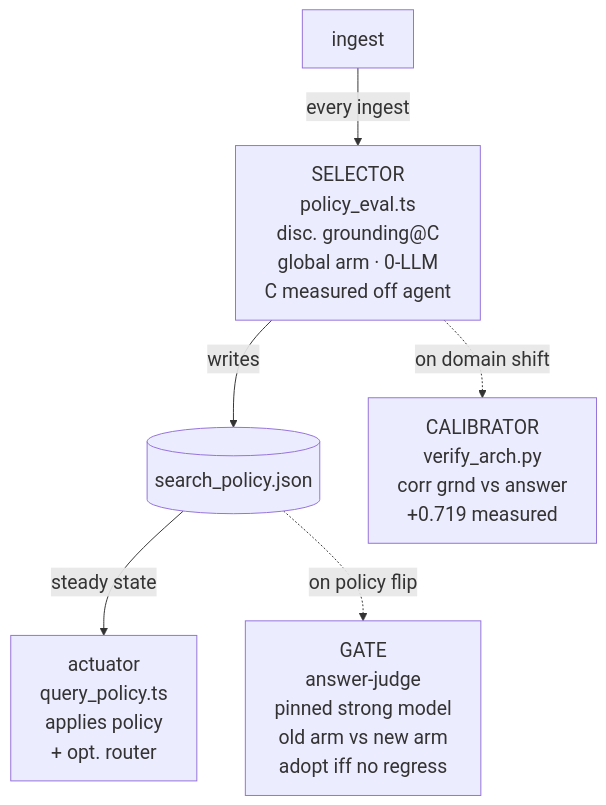
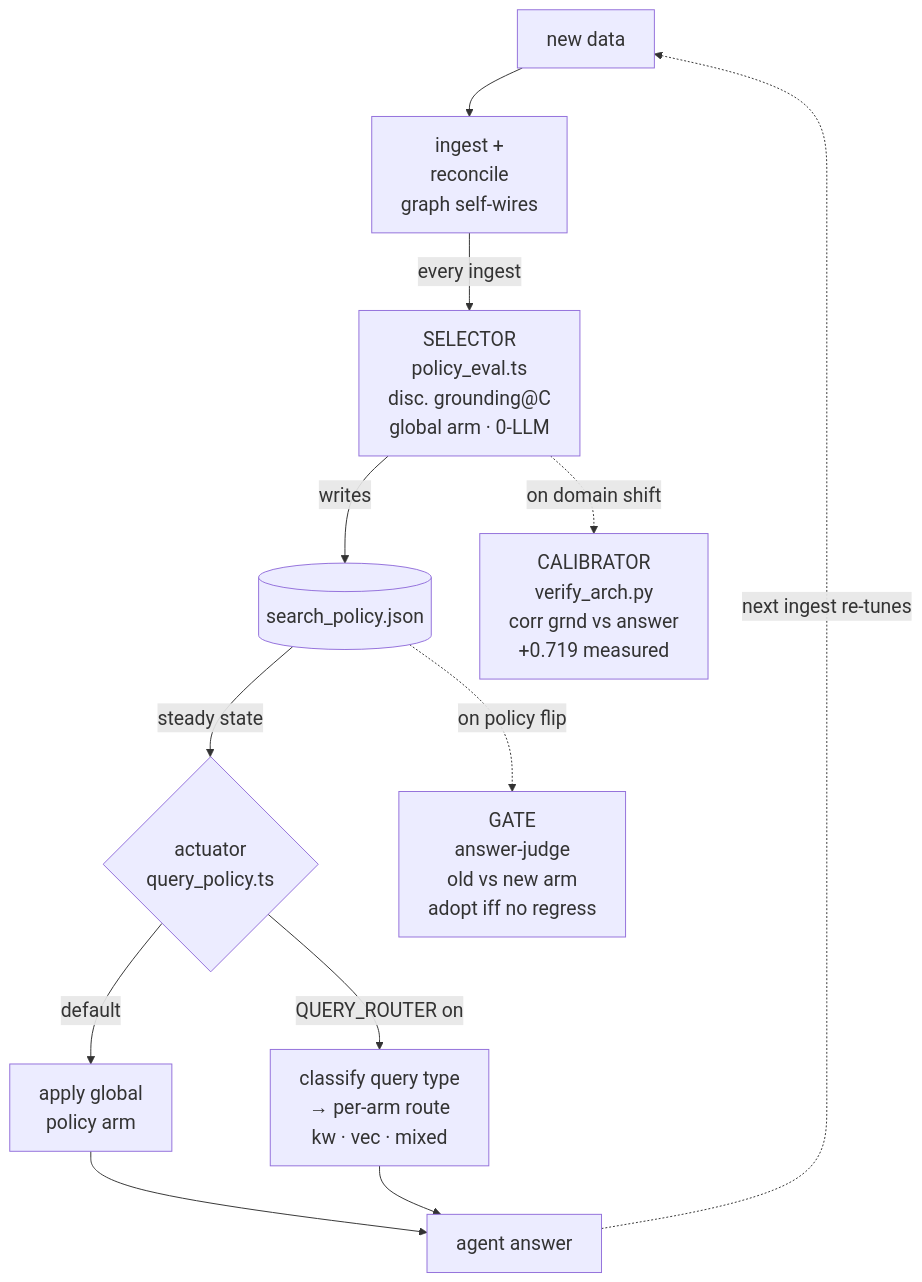
One commit to shaneliuyx/agent-development-curriculum changed the seventh of 8 diagrams in Week 3.5.96 - Self-Wiring Memory (GBrain).md. Above: the diagram before and after it, drawn with Mermaid. The commit also changed other lines of this file, not shown here.

Commit message:
docs: W3.5.96 — Block D diagram: add auto-eval loop + router branch
Diagram was linear and omitted both the self-tuning LOOP (every ingest re-runs
the selector → rewrites policy) and the per-query router. Redraw as a cycle:
new data → ingest+reconcile → SELECTOR → policy → actuator → answer → (next
ingest re-tunes). Actuator now a decision node with two modes: default global
policy vs QUERY_ROUTER=on per-arm route. Add caption: loop is the point;
GATE/CALIBRATOR are event-triggered (policy flip / domain shift), not per-query
— only the 0-LLM selector + deterministic actuator run continuously.

````diff
--- a/Week 3.5.96 - Self-Wiring Memory (GBrain).md
+++ b/Week 3.5.96 - Self-Wiring Memory (GBrain).md
@@ -2204,9 +2204,15 @@
 ```mermaid
 %%{init: {'theme':'default', 'themeVariables': {'fontSize':'20px'}}}%%
 flowchart TD
-  ING["ingest"] -->|every ingest| SEL["SELECTOR<br/>policy_eval.ts<br/>disc. grounding@C<br/>global arm · 0-LLM<br/>C measured off agent"]
-  SEL -->|writes| POL[("search_policy.json")]
-  POL -->|steady state| ACT["actuator<br/>query_policy.ts<br/>applies policy<br/>+ opt. router"]
-  POL -.->|on policy flip| GATE["GATE<br/>answer-judge<br/>pinned strong model<br/>old arm vs new arm<br/>adopt iff no regress"]
-  SEL -.->|on domain shift| CAL["CALIBRATOR<br/>verify_arch.py<br/>corr grnd vs answer<br/>+0.719 measured"]
+  NEW["new data"] --> ING["ingest +<br/>reconcile<br/>graph self-wires"]
+  ING -->|"every ingest"| SEL["SELECTOR<br/>policy_eval.ts<br/>disc. grounding@C<br/>global arm · 0-LLM"]
+  SEL -->|"writes"| POL[("search_policy.json")]
+  POL -->|"steady state"| ACT{"actuator<br/>query_policy.ts"}
+  ACT -->|"default"| GLOB["apply global<br/>policy arm"]
+  ACT -->|"QUERY_ROUTER on"| RTR["classify query type<br/>→ per-arm route<br/>kw · vec · mixed"]
+  GLOB --> ANS["agent answer"]
+  RTR --> ANS
+  ANS -.->|"next ingest re-tunes"| NEW
+  POL -.->|"on policy flip"| GATE["GATE<br/>answer-judge<br/>old vs new arm<br/>adopt iff no regress"]
+  SEL -.->|"on domain shift"| CAL["CALIBRATOR<br/>verify_arch.py<br/>corr grnd vs answer<br/>+0.719 measured"]
 ```
````
